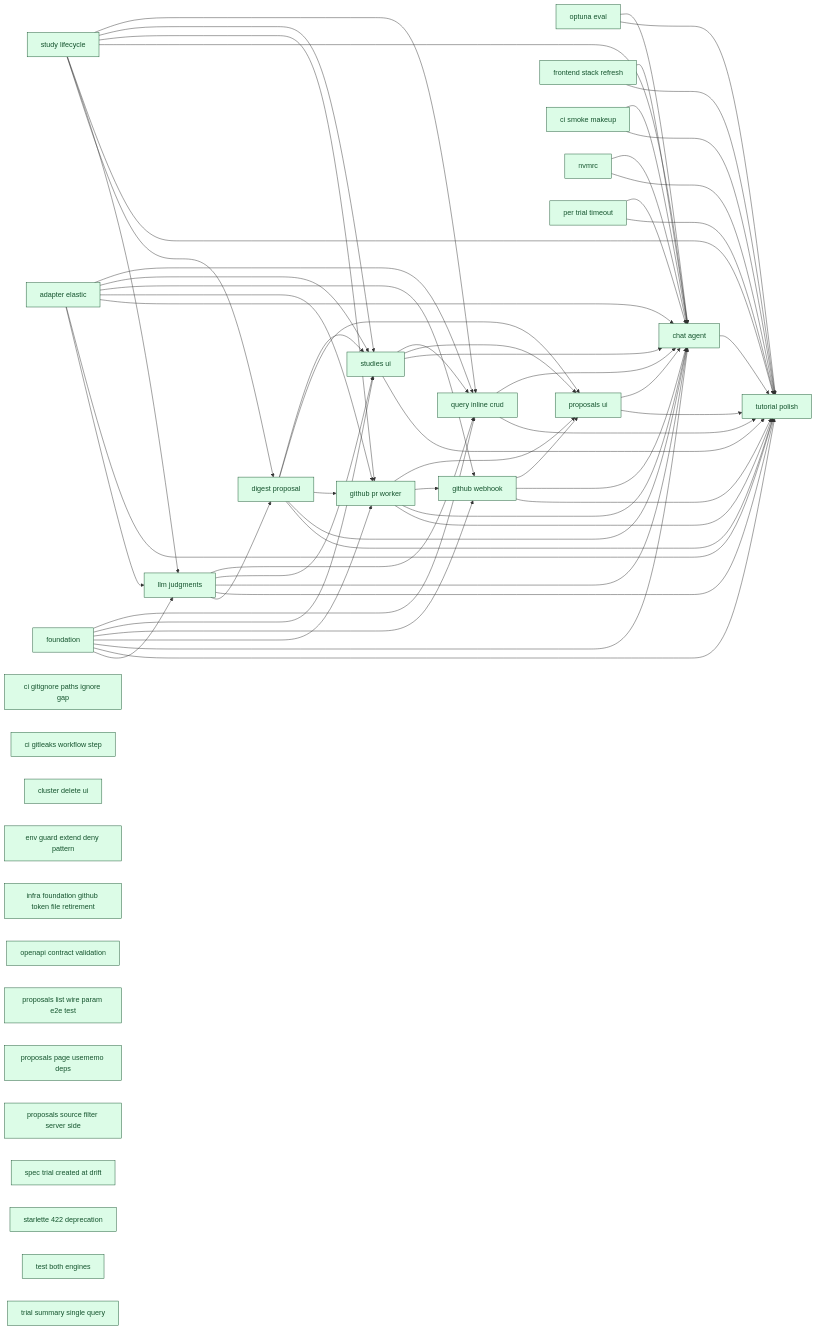
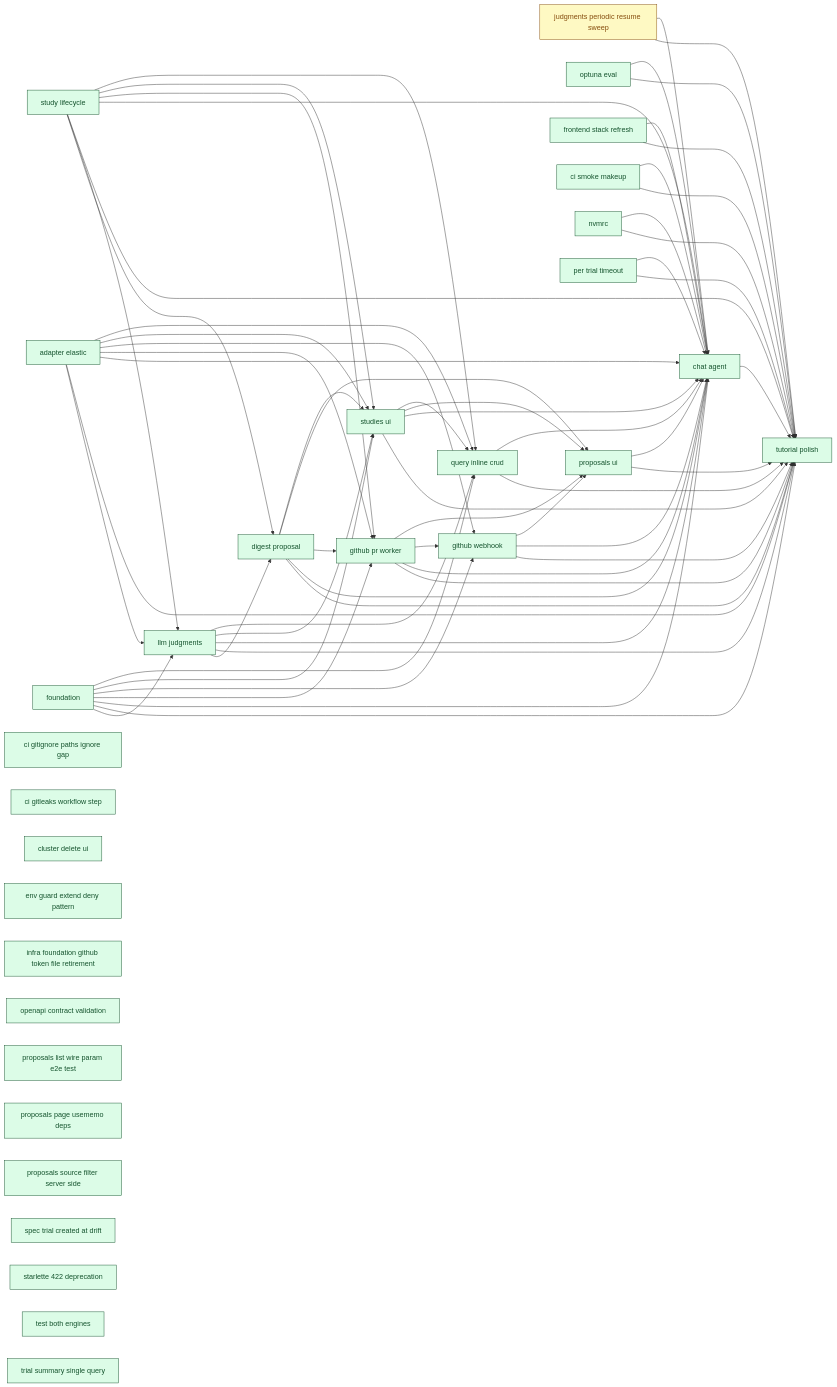
One commit to SoundMindsAI/relyloop changed the diagram in docs/00_overview/MVP1_DASHBOARD.md. Above: the diagram before and after it, drawn with Mermaid. The commit also changed other lines of this file and 20 other files, not shown here.

First line of the commit message:
feat(judgments-resume-sweep): periodic in-worker cron for stuck judgment_lists (#104)

```diff
--- a/docs/00_overview/MVP1_DASHBOARD.md
+++ b/docs/00_overview/MVP1_DASHBOARD.md
@@ -98,6 +108,8 @@
   classDef plan fill:#fef9c3,stroke:#854d0e,color:#854d0e;
   classDef spec fill:#dbeafe,stroke:#1e40af,color:#1e40af;
   classDef idea fill:#f1f5f9,stroke:#334155,color:#334155;
+  feat_judgments_periodic_resume_sweep["judgments periodic resume sweep"]
+  class feat_judgments_periodic_resume_sweep plan;
   infra_foundation["foundation"]
   class infra_foundation done;
   feat_study_lifecycle["study lifecycle"]
@@ -167,6 +179,7 @@
   feat_digest_proposal --> chore_tutorial_polish
   feat_github_pr_worker --> chore_tutorial_polish
   feat_github_webhook --> chore_tutorial_polish
+  feat_judgments_periodic_resume_sweep --> chore_tutorial_polish
   feat_llm_judgments --> chore_tutorial_polish
   feat_proposals_ui --> chore_tutorial_polish
   feat_query_inline_crud --> chore_tutorial_polish
@@ -182,6 +195,7 @@
   feat_digest_proposal --> feat_chat_agent
   feat_github_pr_worker --> feat_chat_agent
   feat_github_webhook --> feat_chat_agent
+  feat_judgments_periodic_resume_sweep --> feat_chat_agent
   feat_llm_judgments --> feat_chat_agent
   feat_proposals_ui --> feat_chat_agent
   feat_query_inline_crud --> feat_chat_agent
```
